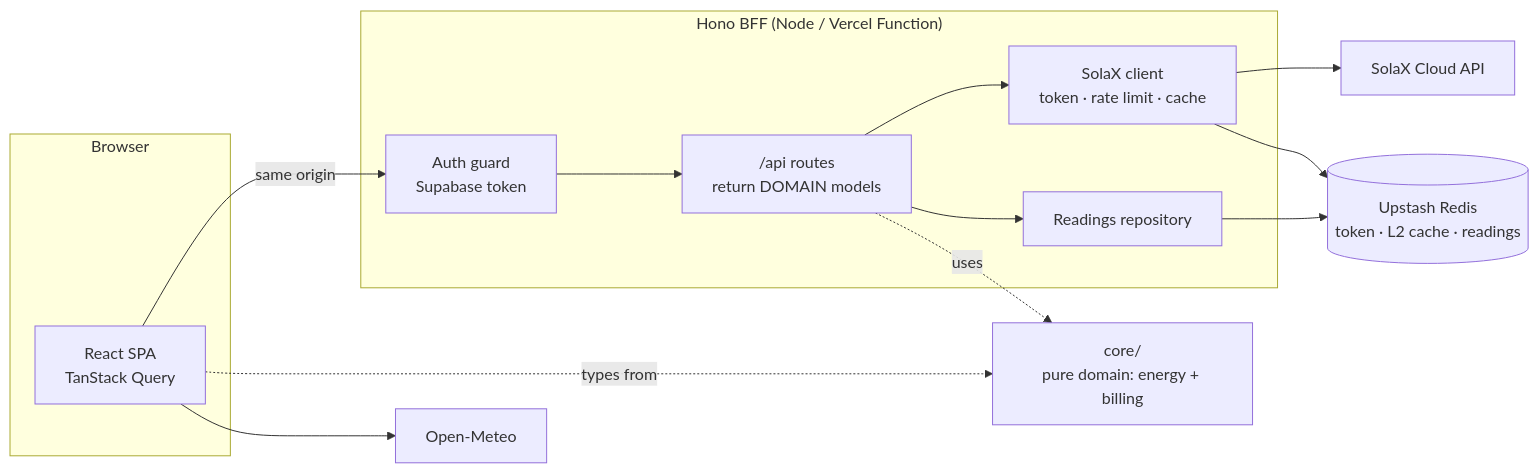
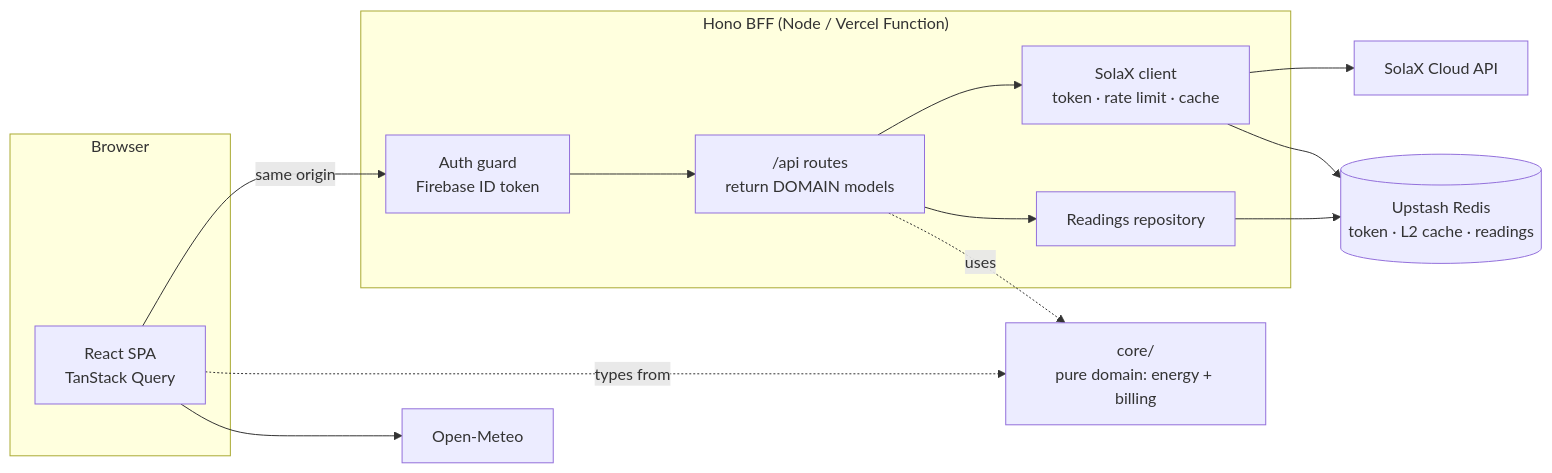
One commit to fer-araujo/solarpanel-system changed the diagram in README.md. Above: the diagram before and after it, drawn with Mermaid. The commit also changed other lines of this file and 10 other files, not shown here.

First line of the commit message:
feat(auth): migrate from Supabase to Firebase Authentication

````diff
--- a/README.md
+++ b/README.md
@@ -53,26 +53,26 @@
 ```mermaid
 flowchart LR
     subgraph Browser
         SPA["React SPA<br/>TanStack Query"]
     end
 
     subgraph Server["Hono BFF (Node / Vercel Function)"]
-        AUTH["Auth guard<br/>Supabase token"]
+        AUTH["Auth guard<br/>Firebase ID token"]
         ROUTES["/api routes<br/>return DOMAIN models"]
         SOLAX["SolaX client<br/>token · rate limit · cache"]
         READ["Readings repository"]
     end
 
     CORE["core/<br/>pure domain: energy + billing"]
     KV[("Upstash Redis<br/>token · L2 cache · readings")]
     API["SolaX Cloud API"]
     METEO["Open-Meteo"]
 
     SPA -->|same origin| AUTH --> ROUTES
     ROUTES --> SOLAX --> API
     ROUTES --> READ --> KV
     SOLAX --> KV
     ROUTES -. uses .-> CORE
     SPA -. types from .-> CORE
     SPA --> METEO
 ```
````
